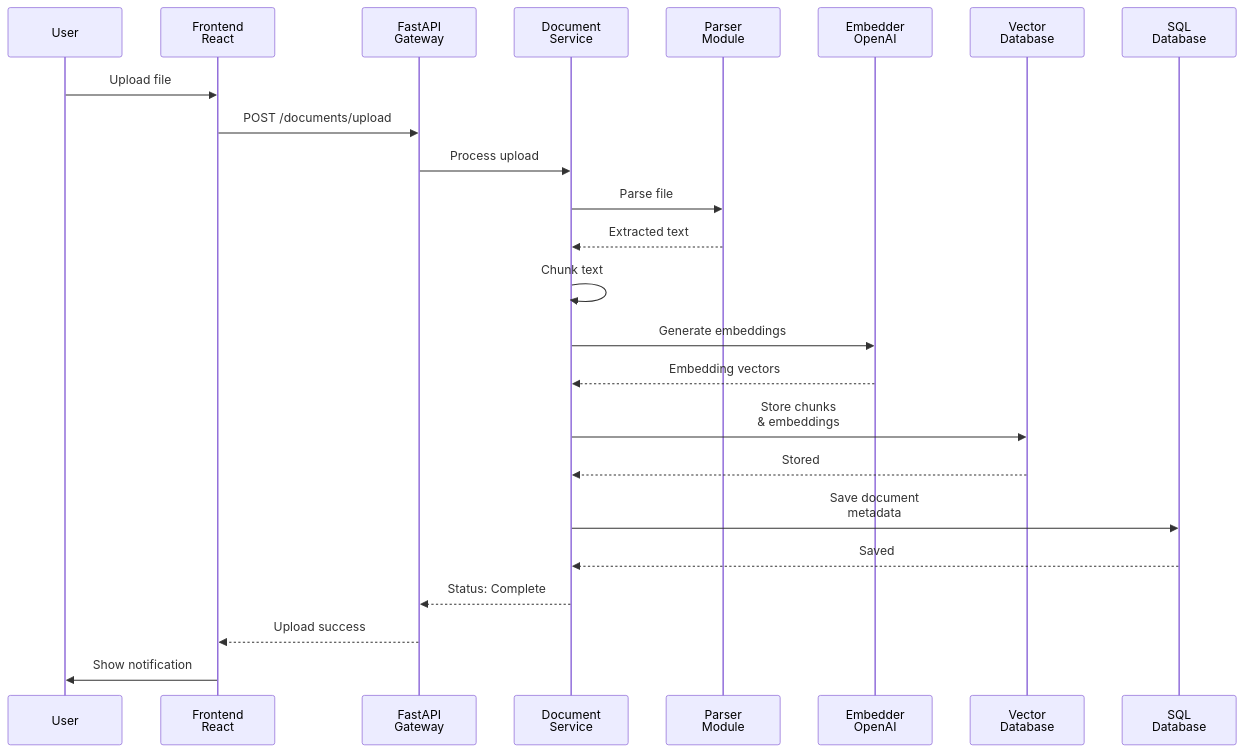
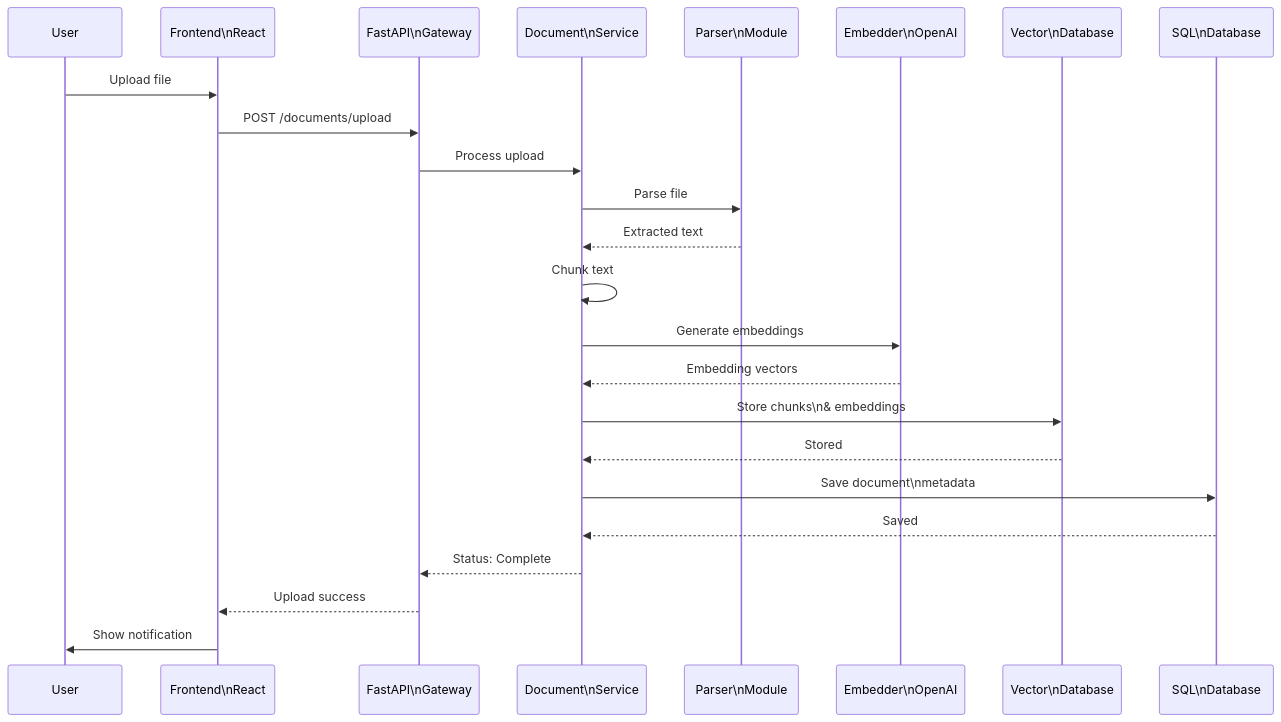
The ninth of 19 diagrams in REFERENCE_ARCHITECTURE.md (thiachan/agent), drawn with Mermaid before and after one commit. The commit also changed other lines of this file and 40 other files, not shown here.

````diff
--- a/REFERENCE_ARCHITECTURE.md
+++ b/REFERENCE_ARCHITECTURE.md
@@ -423,27 +423,27 @@
 ```mermaid
 sequenceDiagram
     participant User
-    participant Frontend as Frontend<br/>React
-    participant API as FastAPI<br/>Gateway
-    participant DocSvc as Document<br/>Service
-    participant Parser as Parser<br/>Module
-    participant Embedder as Embedder<br/>OpenAI
-    participant VectorDB as Vector<br/>Database
-    participant DB as SQL<br/>Database
+    participant Frontend as Frontend\nReact
+    participant API as FastAPI\nGateway
+    participant DocSvc as Document\nService
+    participant Parser as Parser\nModule
+    participant Embedder as Embedder\nOpenAI
+    participant VectorDB as Vector\nDatabase
+    participant DB as SQL\nDatabase
     
     User->>Frontend: Upload file
     Frontend->>API: POST /documents/upload
     API->>DocSvc: Process upload
     DocSvc->>Parser: Parse file
     Parser-->>DocSvc: Extracted text
     DocSvc->>DocSvc: Chunk text
     DocSvc->>Embedder: Generate embeddings
     Embedder-->>DocSvc: Embedding vectors
-    DocSvc->>VectorDB: Store chunks<br/>& embeddings
+    DocSvc->>VectorDB: Store chunks\n& embeddings
     VectorDB-->>DocSvc: Stored
-    DocSvc->>DB: Save document<br/>metadata
+    DocSvc->>DB: Save document\nmetadata
     DB-->>DocSvc: Saved
     DocSvc-->>API: Status: Complete
     API-->>Frontend: Upload success
     Frontend->>User: Show notification
 ```
````
